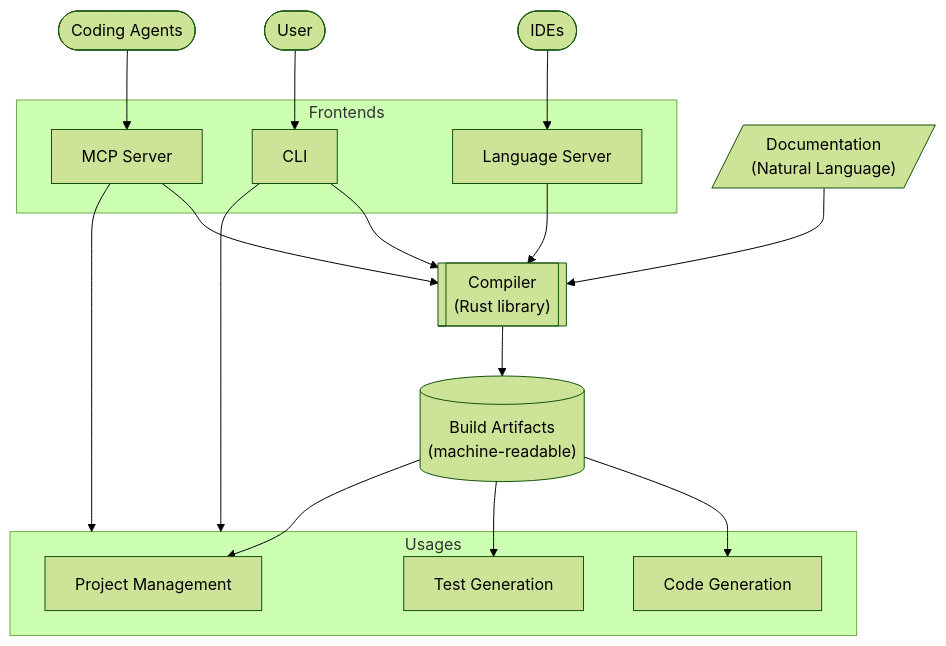
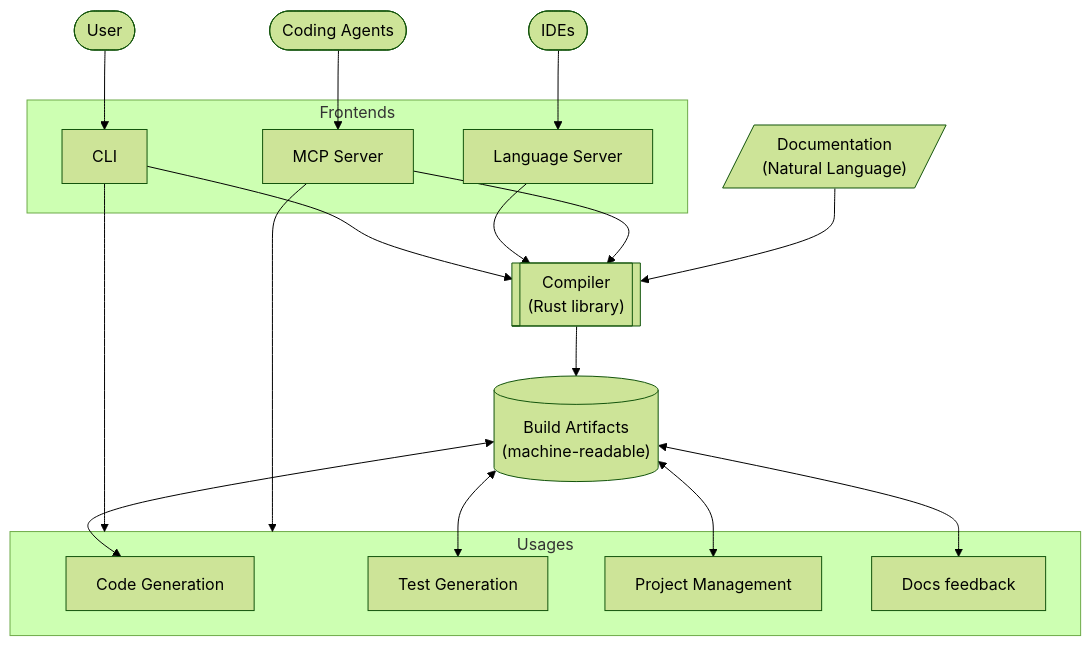
Before and after one commit to NatLanOrg/NatLan: the diagram in docs/main.md, drawn with Mermaid (forest theme). The commit also changed other lines of this file and 7 other files, not shown here.

````diff
--- a/docs/main.md
+++ b/docs/main.md
@@ -44,40 +44,42 @@
 ```mermaid
 graph TD;
   User(["User"]);
   IDEs(["IDEs"]);
   Agents(["Coding Agents"]);
 
   subgraph Frontends
     CLI[CLI];
     LSP[Language Server];
     MCP[MCP Server];
   end
 
   Compiler[["Compiler<br/>(Rust library)"]];
   Docs[/"Documentation<br/>(Natural Language)"/];
   Artifacts[("Build Artifacts<br/>(machine-readable)")];
 
   subgraph Usages
-    PM[Project Management];
     CodeGen[Code Generation];
     TestGen[Test Generation];
+    PM[Project Management];
+    DocsGen[Docs feedback];
   end
 
   User --> CLI;
   IDEs --> LSP;
   Agents --> MCP;
 
   CLI --> Compiler;
   LSP --> Compiler;
   MCP --> Compiler;
 
   Docs --> Compiler;
   Compiler --> Artifacts;
 
   CLI --> Usages;
   MCP --> Usages;
 
-  Artifacts --> CodeGen;
-  Artifacts --> TestGen;
-  Artifacts --> PM;
+  Artifacts <--> CodeGen;
+  Artifacts <--> TestGen;
+  Artifacts <--> PM;
+  Artifacts <--> DocsGen;
 ```
````
